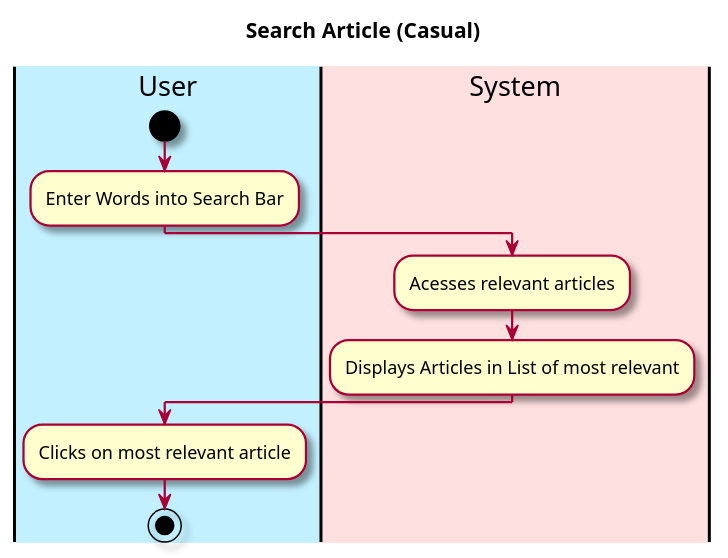
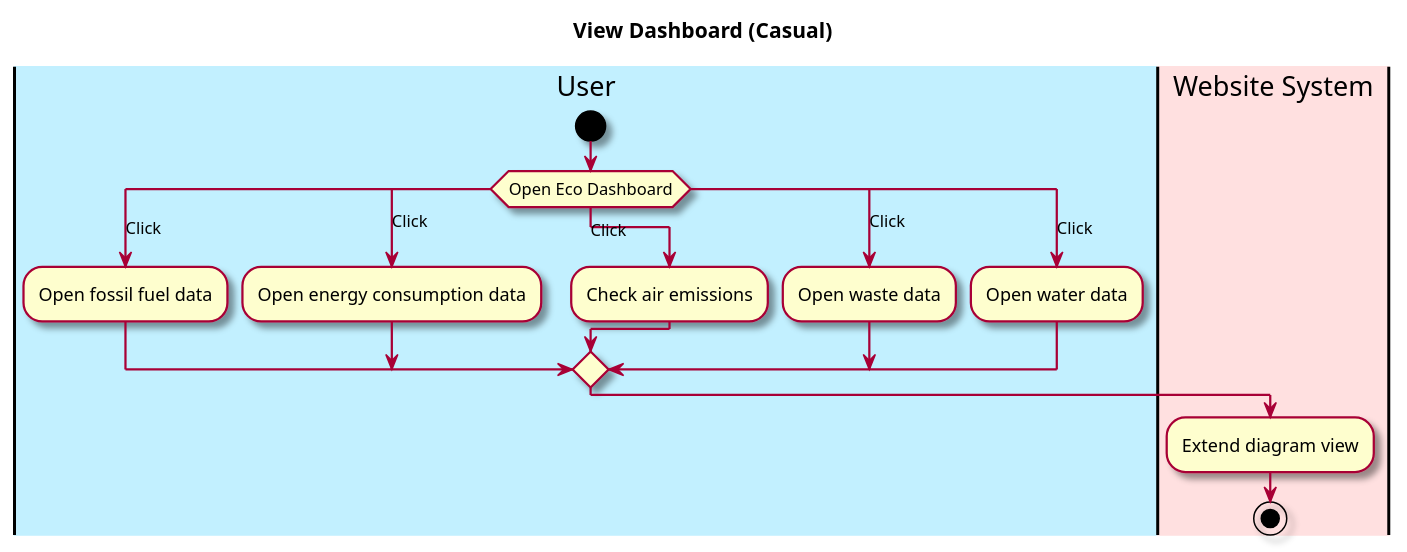
One commit to owhitleym-ui/EcoScoop changed the diagram in intellij/doc/Functional Specification/view-dashboard.md. Above: the diagram before and after it, drawn with PlantUML. The commit also changed other lines of this file and 7 other files, not shown here.

Commit message:
Implemented configure-settings and view-dashboard. Updated titles in use cases.

````diff
--- a/intellij/doc/Functional Specification/view-dashboard.md
+++ b/intellij/doc/Functional Specification/view-dashboard.md
@@ -45,25 +41,30 @@
 ```plantuml
 @startuml
 
 skin rose
 
-title Search Article (Casual)
+title View Dashboard (Casual)
 
 'define the lanes
 |#application|User|
-|#implementation|System|
+|#implementation|Website System|
 
 |User|
 start
-:Enter Words into Search Bar;
-
-|System|
-:Acesses relevant articles;
-:Displays Articles in List of most relevant;
-
-|User|
-:Clicks on most relevant article;
-
+switch (Open Eco Dashboard)
+    case (Click)
+    :Open fossil fuel data;
+    case (Click)
+    :Open energy consumption data;
+    case (Click)
+    :Check air emissions;
+    case(Click)
+    :Open waste data;
+    case (Click)
+    :Open water data;
+endswitch
+|Website System|
+:Extend diagram view;
 stop
 @enduml
 ```
````
